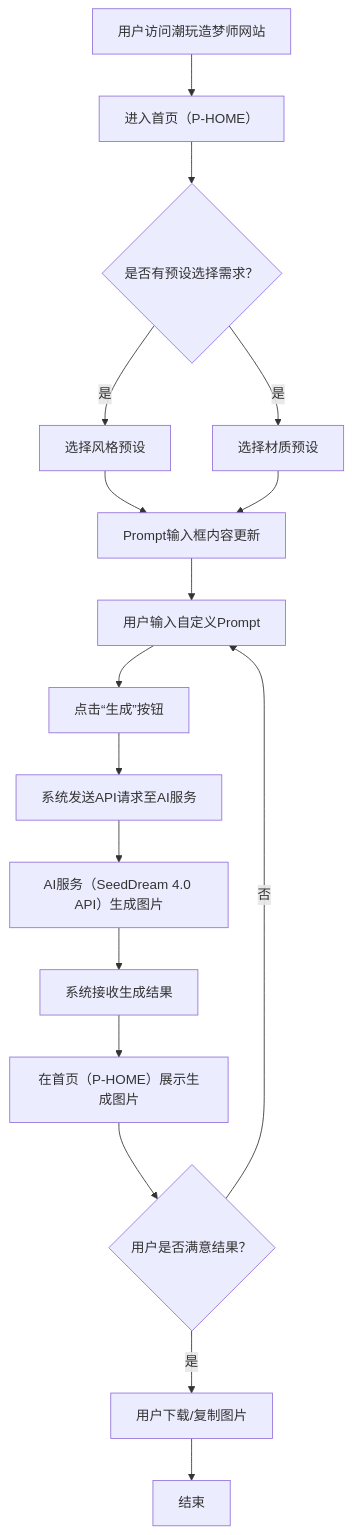
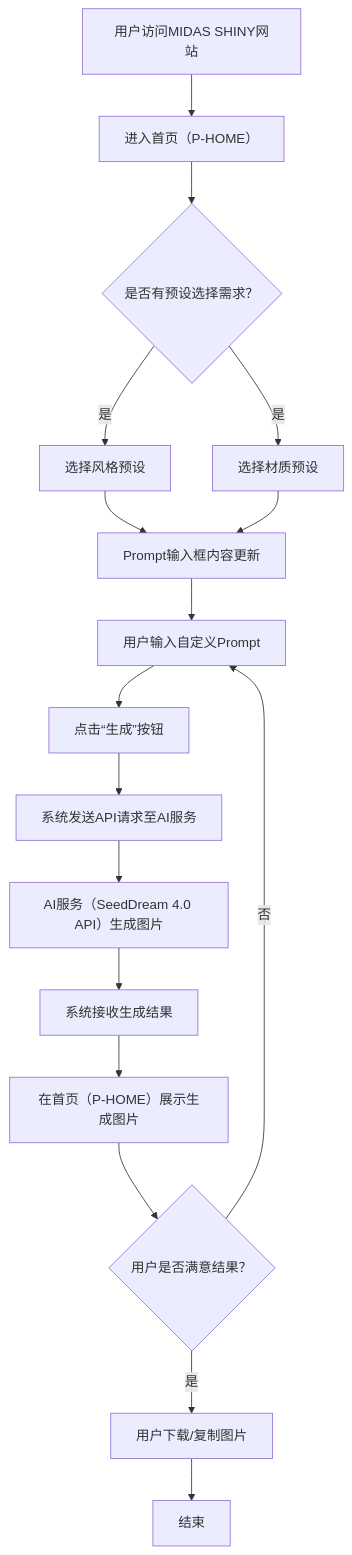
Before and after one commit to liuyixian0317/new_web: the second of 3 diagrams in request.md, drawn with Mermaid. The commit also changed other lines of this file and 27 other files, not shown here.

Commit message:
增加示意图

````diff
--- a/request.md
+++ b/request.md
@@ -129,19 +129,19 @@
 ```mermaid
 graph TD
-    A["用户访问潮玩造梦师网站"] --> B["进入首页（P-HOME）"]
+    A["用户访问MIDAS SHINY网站"] --> B["进入首页（P-HOME）"]
     B --> C{"是否有预设选择需求？"}
     C -- 是 --> D["选择风格预设"]
     C -- 是 --> E["选择材质预设"]
     D --> F["Prompt输入框内容更新"]
     E --> F
     F --> G["用户输入自定义Prompt"]
     G --> H["点击“生成”按钮"]
     H --> I["系统发送API请求至AI服务"]
     I --> J["AI服务（SeedDream 4.0 API）生成图片"]
     J --> K["系统接收生成结果"]
     K --> L["在首页（P-HOME）展示生成图片"]
     L --> M{"用户是否满意结果？"}
     M -- 否 --> G
     M -- 是 --> N["用户下载/复制图片"]
     N --> O["结束"]
 ```
````
